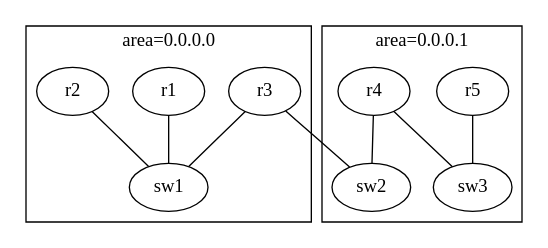
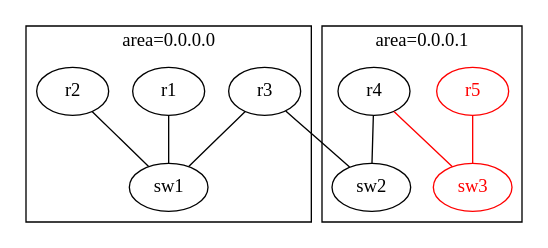
Before and after one commit to cpflat/dot2net-evaluation: the diagram in answer/2/ospf.dot, drawn with Graphviz. The commit also changed 42 other files, not shown here.

```diff
--- a/answer/2/ospf.dot
+++ b/answer/2/ospf.dot
@@ -1,26 +1,26 @@
 digraph  {
 
 	subgraph cluster1 {
 		label="area=0.0.0.0";
 		r1[class="router"];
 		r2[class="router"];
 		r3[class="router"];
 		sw1[class="switch"];
 	}
 
 	subgraph cluster2 {
 		label="area=0.0.0.1";
 		r4[class="router"];
-		r5[class="router"];
 		sw2[class="switch"];
-		sw3[class="switch"];
+		r5[class="router", color="red", fontcolor="red"];
+		sw3[class="switch", color="red", fontcolor="red"];
 	}
 
 	r1->sw1[dir="none"];
 	r2->sw1[dir="none"];
 	r3->sw1[dir="none"];
 	r3->sw2[dir="none"];
 	r4->sw2[dir="none"];
-	r4->sw3[dir="none"];
-	r5->sw3[dir="none"];
+	r4->sw3[dir="none", color="red"];
+	r5->sw3[dir="none", color="red"];
 }
```
